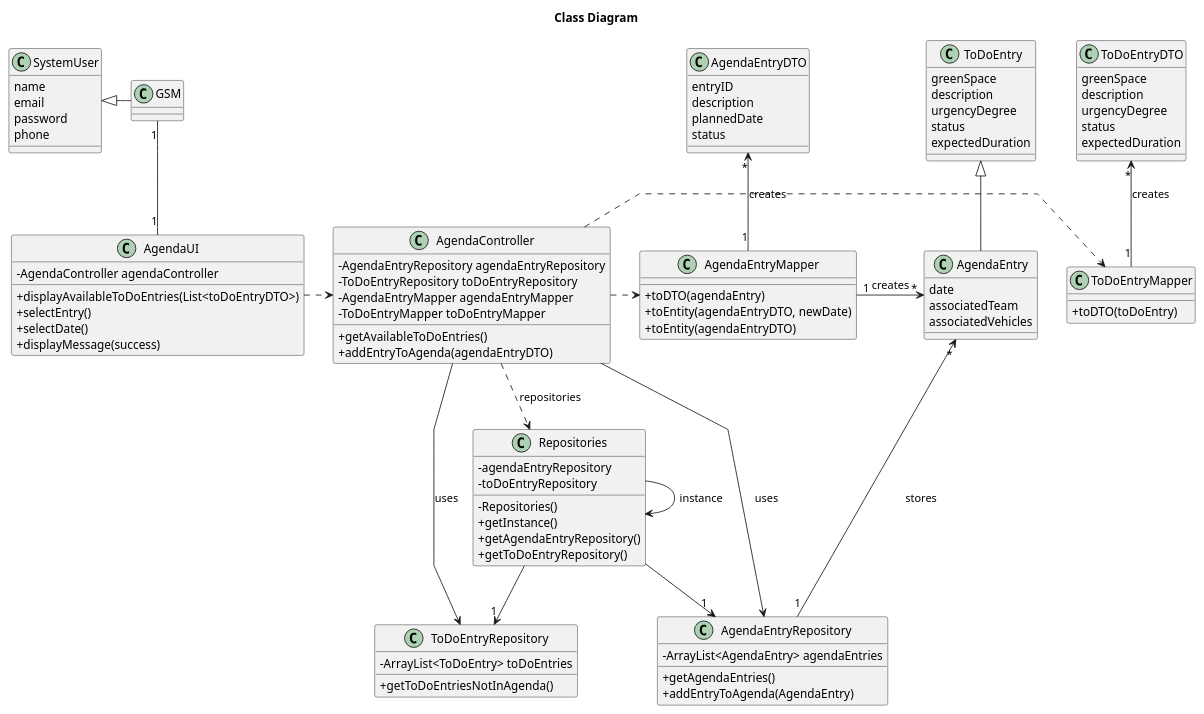
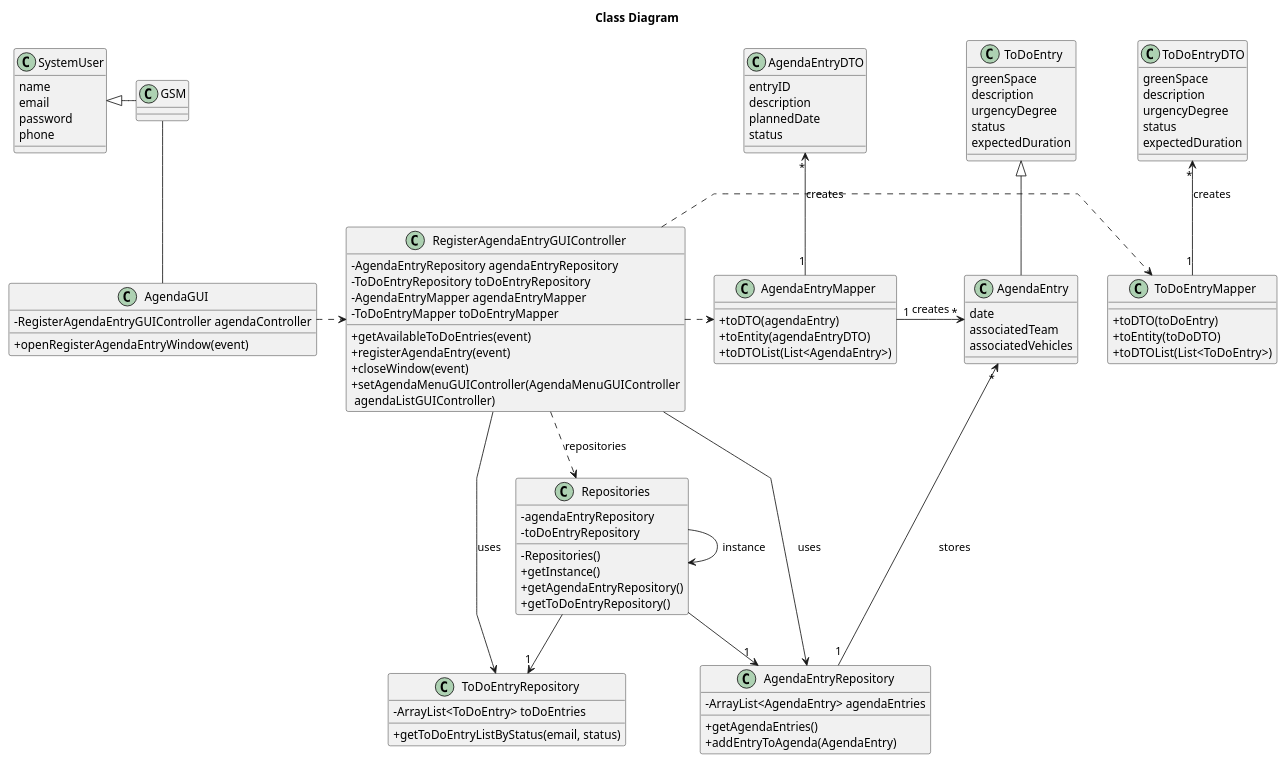
One commit to Departamento-de-Engenharia-Informatica/lei-24-s2-1do-g164 changed the diagram in docs/sprintC/us022/03.design/puml/us022-class-diagram.puml. Above: the diagram before and after it, drawn with PlantUML. The commit also changed 17 other files, not shown here.

Commit message:
US022 and US024 (docs): final adjustments in accord to the developed implementaton class diagram and sequence diagram from design slightly changed

```diff
--- a/docs/sprintC/us022/03.design/puml/us022-class-diagram.puml
+++ b/docs/sprintC/us022/03.design/puml/us022-class-diagram.puml
@@ -1,112 +1,113 @@
 @startuml
 skinparam classAttributeIconSize 0
 skinparam packageStyle rectangle
 skinparam shadowing false
 skinparam linetype polyline
 
 title Class Diagram
 
 class ToDoEntry{
     greenSpace
     description
     urgencyDegree
     status
     expectedDuration
 }
 
 class AgendaEntry {
     date
     associatedTeam
     associatedVehicles
 }
 
 class AgendaEntryDTO {
     entryID
     description
     plannedDate
     status
 }
 
 class SystemUser {
     name
     email
     password
     phone
 }
 
 class ToDoEntryDTO {
     greenSpace
     description
     urgencyDegree
     status
     expectedDuration
 }
 
 class ToDoEntryRepository {
     - ArrayList<ToDoEntry> toDoEntries
-    + getToDoEntriesNotInAgenda()
+    + getToDoEntryListByStatus(email, status)
 }
 
 class AgendaEntryRepository {
     - ArrayList<AgendaEntry> agendaEntries
     + getAgendaEntries()
     + addEntryToAgenda(AgendaEntry)
 }
 
 class Repositories {
     - agendaEntryRepository
     - toDoEntryRepository
 
     - Repositories()
     + getInstance()
     + getAgendaEntryRepository()
     + getToDoEntryRepository()
 }
 
 class AgendaEntryMapper {
     + toDTO(agendaEntry)
-    + toEntity(agendaEntryDTO, newDate)
     + toEntity(agendaEntryDTO)
+    + toDTOList(List<AgendaEntry>)
 }
 
 class ToDoEntryMapper {
     + toDTO(toDoEntry)
+    + toEntity(toDoDTO)
+    + toDTOList(List<ToDoEntry>)
 }
 
-class AgendaController {
+class RegisterAgendaEntryGUIController {
     - AgendaEntryRepository agendaEntryRepository
     - ToDoEntryRepository toDoEntryRepository
     - AgendaEntryMapper agendaEntryMapper
     - ToDoEntryMapper toDoEntryMapper
-    + getAvailableToDoEntries()
-    + addEntryToAgenda(agendaEntryDTO)
+    + getAvailableToDoEntries(event)
+    + registerAgendaEntry(event)
+    + closeWindow(event)
+    + setAgendaMenuGUIController(AgendaMenuGUIController\n agendaListGUIController)
 }
 
-class AgendaUI {
-    - AgendaController agendaController
-    + displayAvailableToDoEntries(List<toDoEntryDTO>)
-    + selectEntry()
-    + selectDate()
-    + displayMessage(success)
+class AgendaGUI {
+    - RegisterAgendaEntryGUIController agendaController
+    + openRegisterAgendaEntryWindow(event)
 }
 
-AgendaUI .> AgendaController
-AgendaController ..> Repositories : repositories
+AgendaGUI .> RegisterAgendaEntryGUIController
+RegisterAgendaEntryGUIController ..> Repositories : repositories
 Repositories --> "1" AgendaEntryRepository
 Repositories --> "1" ToDoEntryRepository
 Repositories -> Repositories : instance
-AgendaController .> AgendaEntryMapper
-AgendaController .> ToDoEntryMapper
-AgendaController --> AgendaEntryRepository : uses
-AgendaController --> ToDoEntryRepository : uses
+RegisterAgendaEntryGUIController .> AgendaEntryMapper
+RegisterAgendaEntryGUIController .> ToDoEntryMapper
+RegisterAgendaEntryGUIController --> AgendaEntryRepository : uses
+RegisterAgendaEntryGUIController --> ToDoEntryRepository : uses
 
 SystemUser <|- GSM
 ToDoEntry <|-- AgendaEntry
 
-GSM "1" -- "1" AgendaUI
+GSM  -- AgendaGUI
 AgendaEntryMapper "1"-> "*" AgendaEntry : creates
 AgendaEntry "*" <-- "1" AgendaEntryRepository : stores
 AgendaEntryDTO "*" <-- "1" AgendaEntryMapper : creates
 ToDoEntryDTO "*" <-- "1" ToDoEntryMapper : creates
 
 @enduml
```
